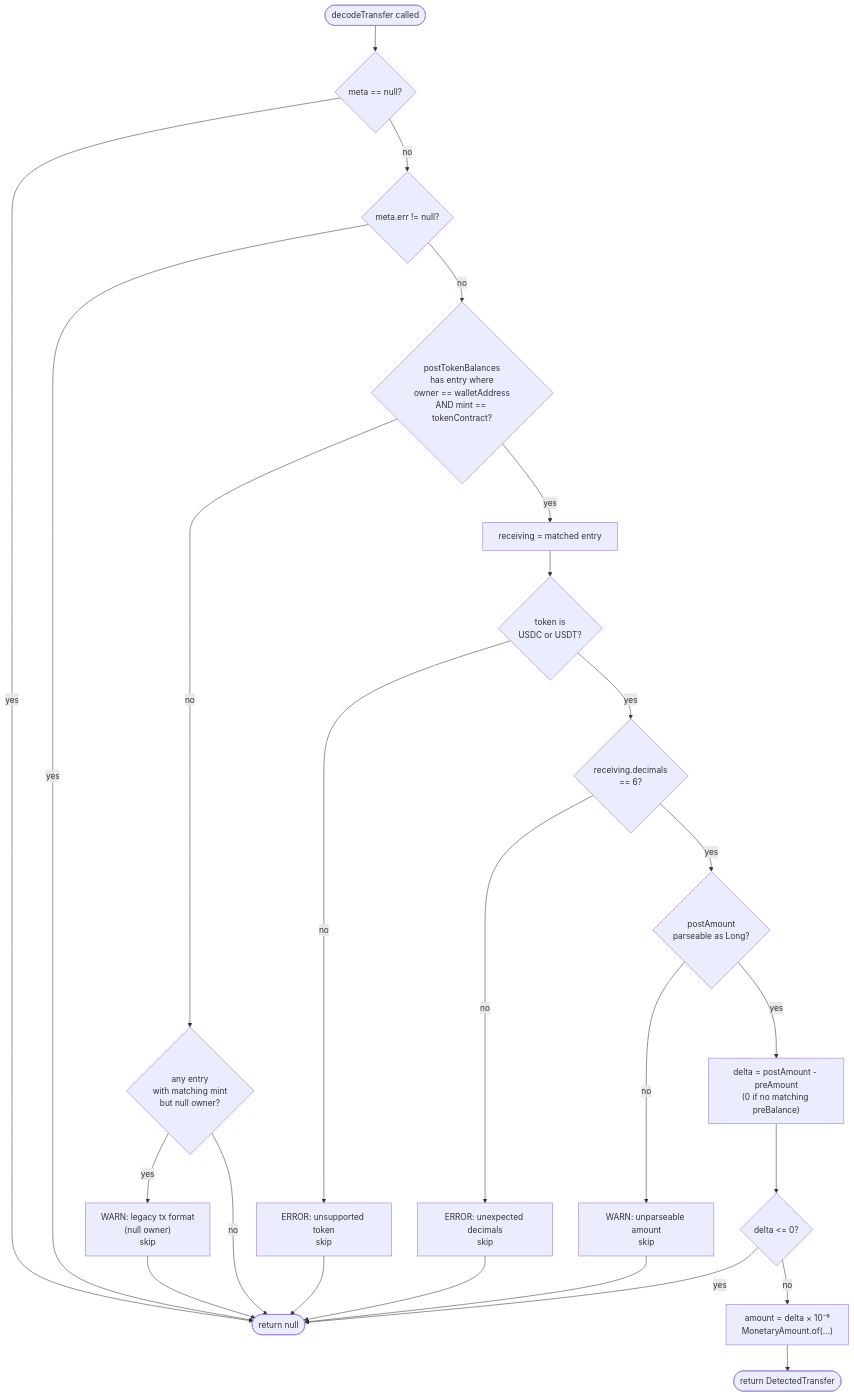
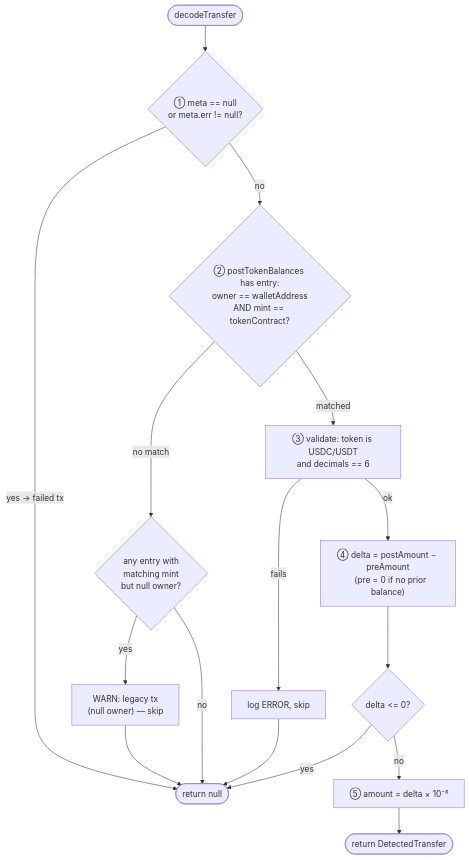
Before and after one commit to idem-finance/idem: the fourth of 4 diagrams in docs/solana-chain-reader.md, drawn with Mermaid. The commit also changed other lines of this file and 2 other files, not shown here.

````diff
--- a/docs/solana-chain-reader.md
+++ b/docs/solana-chain-reader.md
@@ -147,23 +165,16 @@
 ```mermaid
 flowchart TD
-    A([decodeTransfer called]) --> B{meta == null?}
-    B -- yes --> SKIP([return null])
-    B -- no --> C{meta.err != null?}
-    C -- yes --> SKIP
-    C -- no --> D{postTokenBalances\nhas entry where\nowner == walletAddress\nAND mint == tokenContract?}
-    D -- no --> E{any entry\nwith matching mint\nbut null owner?}
-    E -- yes --> WARN["WARN: legacy tx format\n(null owner)\nskip"] --> SKIP
-    E -- no --> SKIP
-    D -- yes --> F["receiving = matched entry"]
-    F --> G{token is\nUSDC or USDT?}
-    G -- no --> ERR1["ERROR: unsupported token\nskip"] --> SKIP
-    G -- yes --> H{receiving.decimals\n== 6?}
-    H -- no --> ERR2["ERROR: unexpected decimals\nskip"] --> SKIP
-    H -- yes --> I{postAmount\nparseable as Long?}
-    I -- no --> WARN2["WARN: unparseable amount\nskip"] --> SKIP
-    I -- yes --> J["delta = postAmount - preAmount\n(0 if no matching preBalance)"]
-    J --> K{delta <= 0?}
-    K -- yes --> SKIP
-    K -- no --> L["amount = delta × 10⁻⁶\nMonetaryAmount.of(...)"]
-    L --> M([return DetectedTransfer])
+    A([decodeTransfer]) --> B{"① meta == null\nor meta.err != null?"}
+    B -- yes → failed tx --> SKIP([return null])
+    B -- no --> C{"② postTokenBalances has entry:\nowner == walletAddress\nAND mint == tokenContract?"}
+    C -- no match --> D{"any entry with\nmatching mint\nbut null owner?"}
+    D -- yes --> WARN["WARN: legacy tx\n(null owner) — skip"] --> SKIP
+    D -- no --> SKIP
+    C -- matched --> E["③ validate: token is USDC/USDT\nand decimals == 6"]
+    E -- fails --> ERR["log ERROR, skip"] --> SKIP
+    E -- ok --> F["④ delta = postAmount − preAmount\n   (pre = 0 if no prior balance)"]
+    F --> G{delta <= 0?}
+    G -- yes --> SKIP
+    G -- no --> H["⑤ amount = delta × 10⁻⁶"]
+    H --> Z([return DetectedTransfer])
 ```
````
